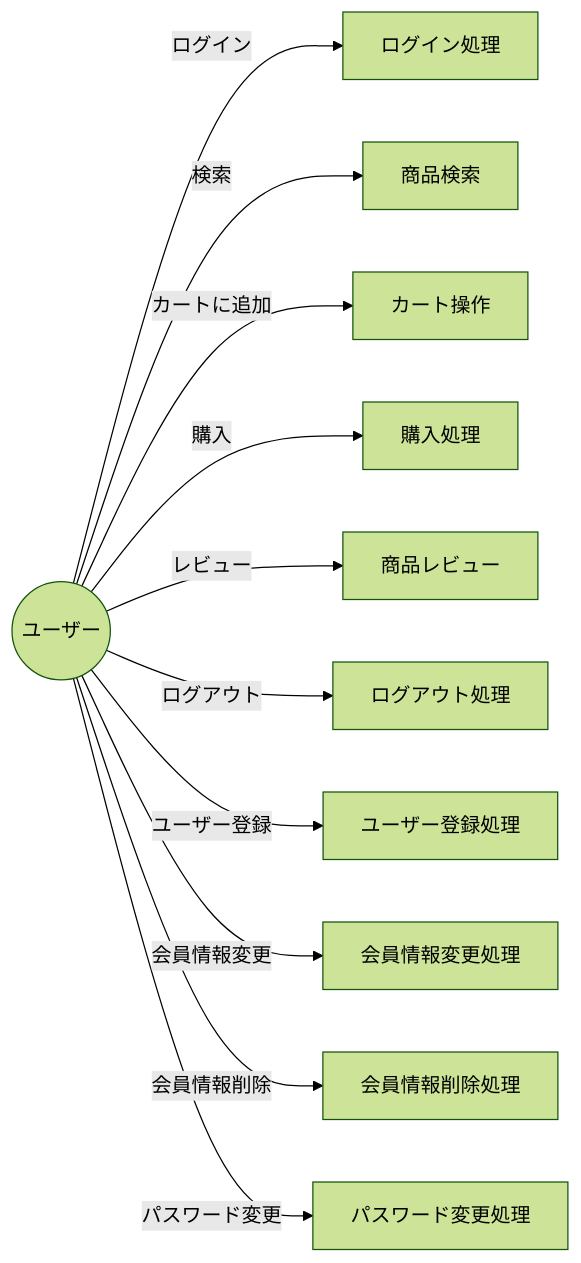
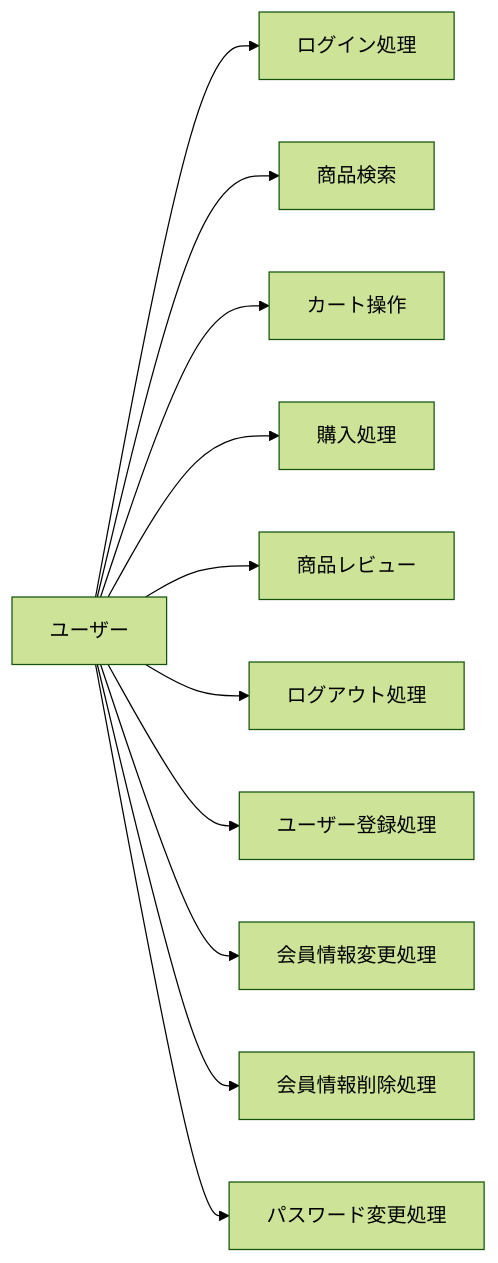
Before and after one commit to MasaruFukazawa/designdocs-sample.fukazawasoftwaredevelopment.com: the fourth of 8 diagrams in docs/design/source/mermaid-sample.rst, drawn with Mermaid (forest theme). The commit also changed other lines of this file and 8 other files, not shown here.

First line of the commit message:
feat: Mermaidルール統一とサンプルダイアグラム修正

```diff
--- a/docs/design/source/mermaid-sample.rst
+++ b/docs/design/source/mermaid-sample.rst
@@ -68,13 +68,13 @@
 .. mermaid::
 
     graph LR
-        ユーザー((ユーザー)) --> |ログイン| ログイン処理
-        ユーザー --> |検索| 商品検索
-        ユーザー --> |カートに追加| カート操作
-        ユーザー --> |購入| 購入処理
-        ユーザー --> |レビュー| 商品レビュー
-        ユーザー --> |ログアウト| ログアウト処理
-        ユーザー --> |ユーザー登録| ユーザー登録処理
-        ユーザー --> |会員情報変更| 会員情報変更処理
-        ユーザー --> |会員情報削除| 会員情報削除処理
-        ユーザー --> |パスワード変更| パスワード変更処理
+        User[ユーザー] --> Login[ログイン処理]
+        User --> Search[商品検索]
+        User --> Cart[カート操作]
+        User --> Purchase[購入処理]
+        User --> Review[商品レビュー]
+        User --> Logout[ログアウト処理]
+        User --> Register[ユーザー登録処理]
+        User --> UpdateProfile[会員情報変更処理]
+        User --> DeleteProfile[会員情報削除処理]
+        User --> ChangePassword[パスワード変更処理]
```
